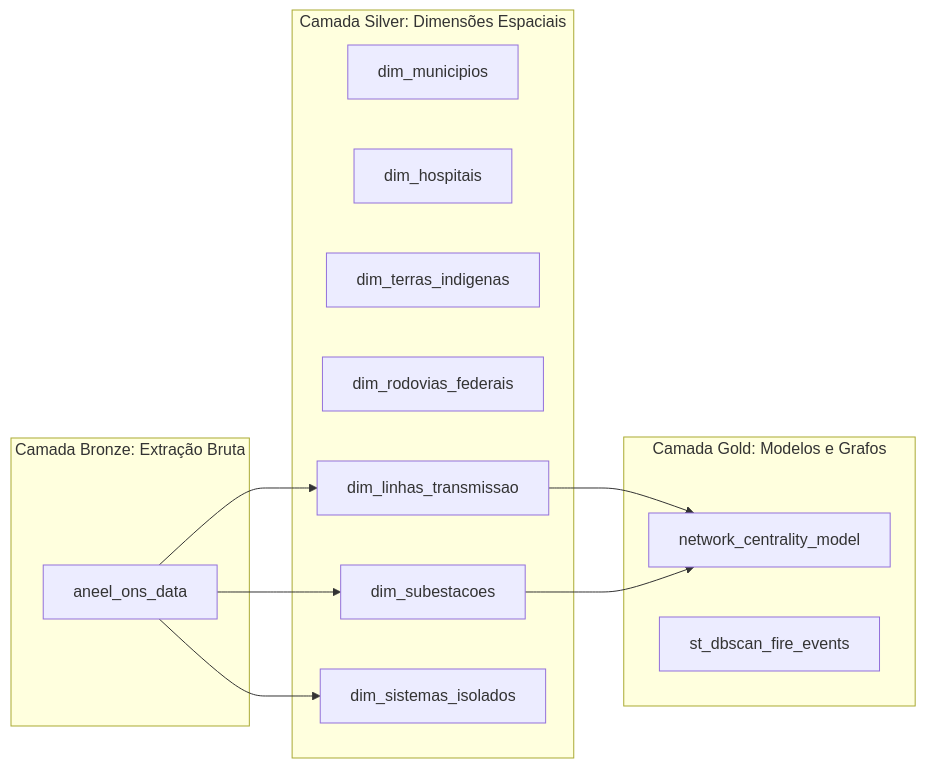
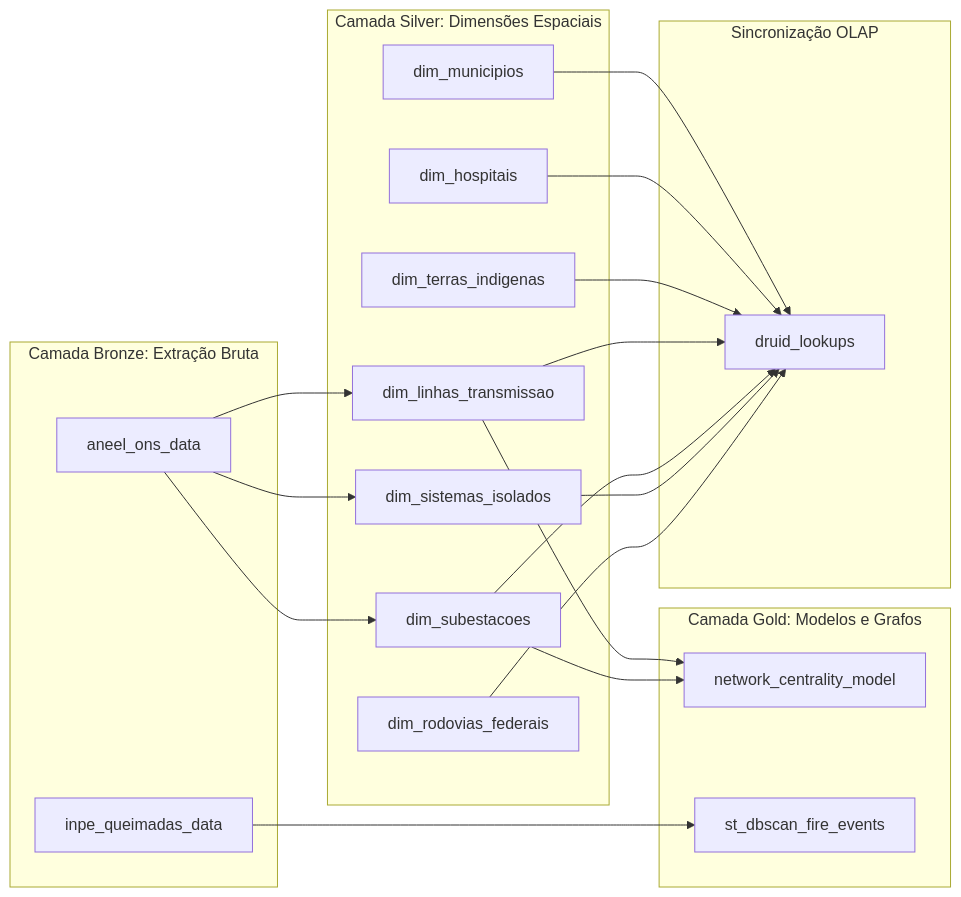
The diagram in docs/architecture/02_orquestracao.md (gabriel-goncalves1122/mapeamento-risco-queimadas-inpe), drawn with Mermaid before and after one commit. The commit also changed 23 other files, not shown here.

Commit message:
docs(adr-architecture): adiciona adrs 001 a 006, diagramas tikz refatorados e estudo de caso territorial

````diff
--- a/docs/architecture/02_orquestracao.md
+++ b/docs/architecture/02_orquestracao.md
@@ -11,27 +11,43 @@
 ```mermaid
 flowchart LR
     subgraph Bronze [Camada Bronze: Extração Bruta]
         aneel[aneel_ons_data]
+        inpe[inpe_queimadas_data]
     end
 
     subgraph Silver [Camada Silver: Dimensões Espaciais]
+        linhas[dim_linhas_transmissao]
+        subestacoes[dim_subestacoes]
+        sistemas[dim_sistemas_isolados]
         municipios[dim_municipios]
         hospitais[dim_hospitais]
         terras_indigenas[dim_terras_indigenas]
         rodovias[dim_rodovias_federais]
-        linhas[dim_linhas_transmissao]
-        subestacoes[dim_subestacoes]
-        sistemas[dim_sistemas_isolados]
     end
 
     subgraph Gold [Camada Gold: Modelos e Grafos]
         network[network_centrality_model]
         dbscan[st_dbscan_fire_events]
     end
 
+    subgraph Sync [Sincronização OLAP]
+        lookups[druid_lookups]
+    end
+
     aneel --> linhas
     aneel --> subestacoes
     aneel --> sistemas
+
     linhas --> network
     subestacoes --> network
+
+    inpe --> dbscan
+
+    municipios --> lookups
+    hospitais --> lookups
+    terras_indigenas --> lookups
+    linhas --> lookups
+    subestacoes --> lookups
+    sistemas --> lookups
+    rodovias --> lookups
 ```
````
